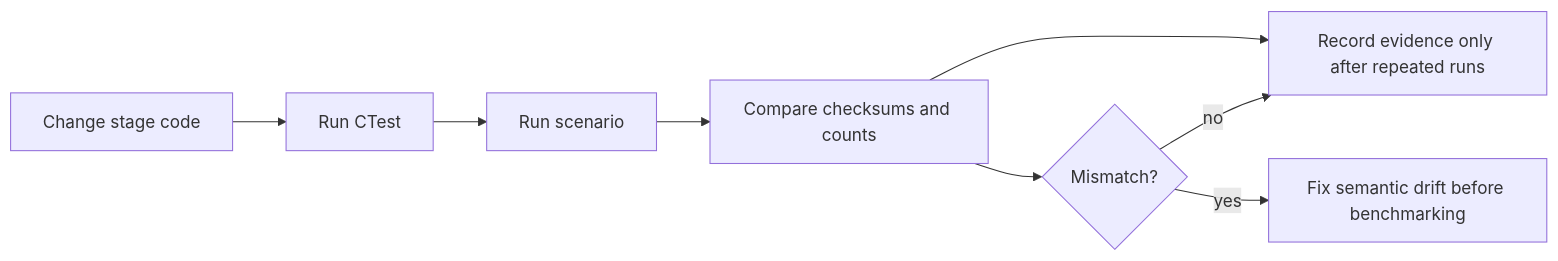
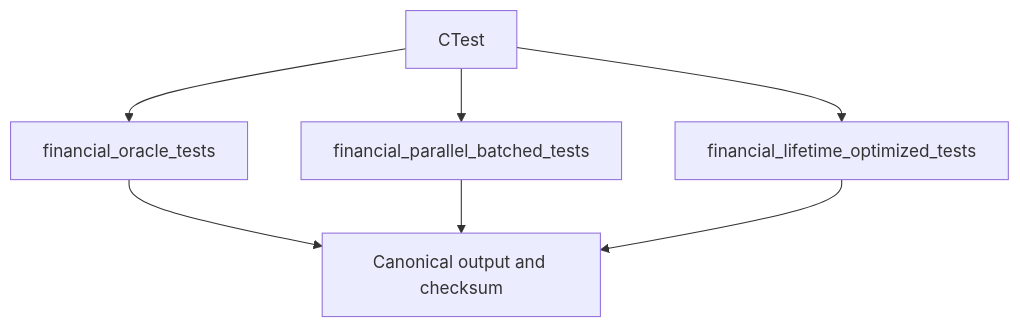
One commit to sergiorf/throughput-cpp-lab changed the diagram in docs/testing.md. Above: the diagram before and after it, drawn with Mermaid. The commit also changed other lines of this file and 69 other files, not shown here.

````diff
--- a/docs/testing.md
+++ b/docs/testing.md
@@ -106,13 +31,15 @@
 ```mermaid
-flowchart LR
-    change[Change stage code]
-    ctest[Run CTest]
-    scenario[Run scenario]
-    compare[Compare checksums and counts]
-    record[Record evidence only after repeated runs]
+flowchart TB
+    ctest[CTest]
+    oracle[financial_oracle_tests]
+    batched[financial_parallel_batched_tests]
+    optimized[financial_lifetime_optimized_tests]
+    contract[Canonical output and checksum]
 
-    change --> ctest --> scenario --> compare --> record
-    compare --> fail{Mismatch?}
-    fail -->|yes| fix[Fix semantic drift before benchmarking]
-    fail -->|no| record
+    ctest --> oracle
+    ctest --> batched
+    ctest --> optimized
+    oracle --> contract
+    batched --> contract
+    optimized --> contract
 ```
````
